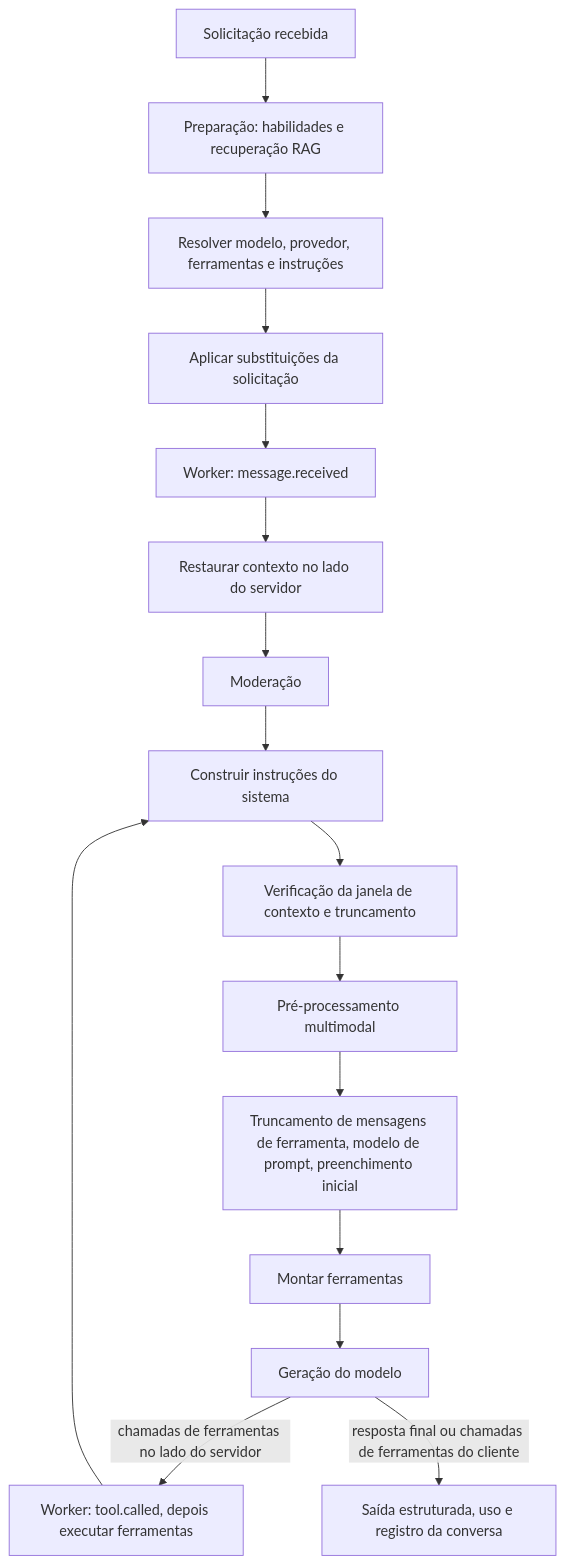
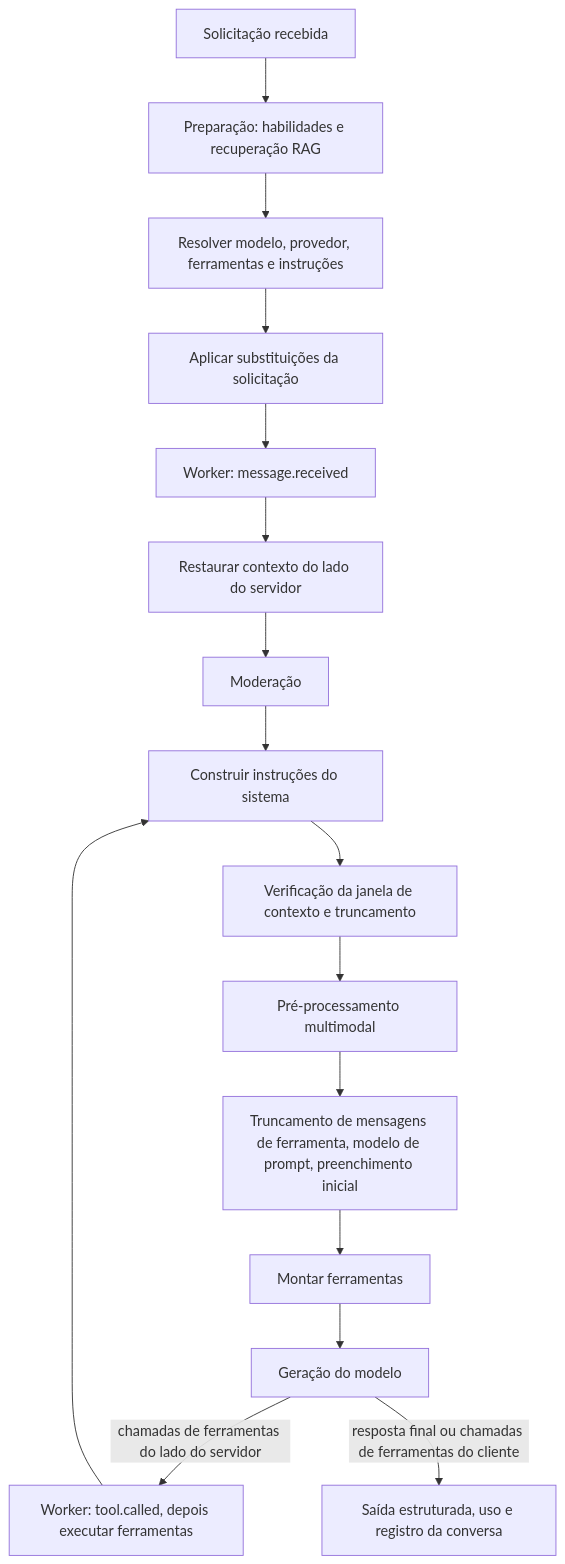
Before and after one commit to aivaxlabs/docs: the diagram in content/pt-br/docs/inference/chat-completions/processing-pipeline.md, drawn with Mermaid. The commit also changed other lines of this file and 358 other files, not shown here.

````diff
--- a/content/pt-br/docs/inference/chat-completions/processing-pipeline.md
+++ b/content/pt-br/docs/inference/chat-completions/processing-pipeline.md
@@ -13,18 +13,18 @@
 ```mermaid
 flowchart TD
     A[Solicitação recebida] --> B[Preparação: habilidades e recuperação RAG]
     B --> C[Resolver modelo, provedor, ferramentas e instruções]
     C --> D[Aplicar substituições da solicitação]
     D --> E[Worker: message.received]
-    E --> F[Restaurar contexto no lado do servidor]
+    E --> F[Restaurar contexto do lado do servidor]
     F --> G[Moderação]
     G --> H[Construir instruções do sistema]
     H --> I[Verificação da janela de contexto e truncamento]
     I --> J[Pré-processamento multimodal]
     J --> K[Truncamento de mensagens de ferramenta, modelo de prompt, preenchimento inicial]
     K --> L[Montar ferramentas]
     L --> M[Geração do modelo]
-    M -->|chamadas de ferramentas no lado do servidor| N[Worker: tool.called, depois executar ferramentas]
+    M -->|chamadas de ferramentas do lado do servidor| N[Worker: tool.called, depois executar ferramentas]
     N --> H
     M -->|resposta final ou chamadas de ferramentas do cliente| O[Saída estruturada, uso e registro da conversa]
 ```
````
